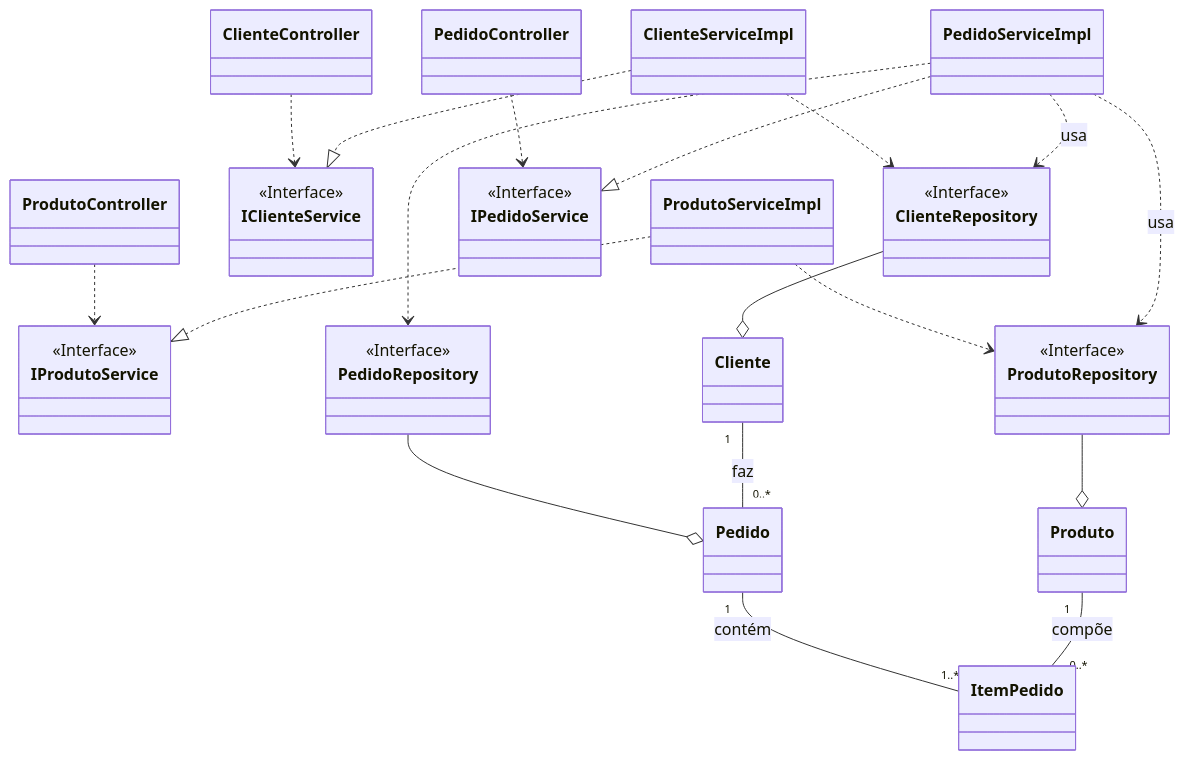
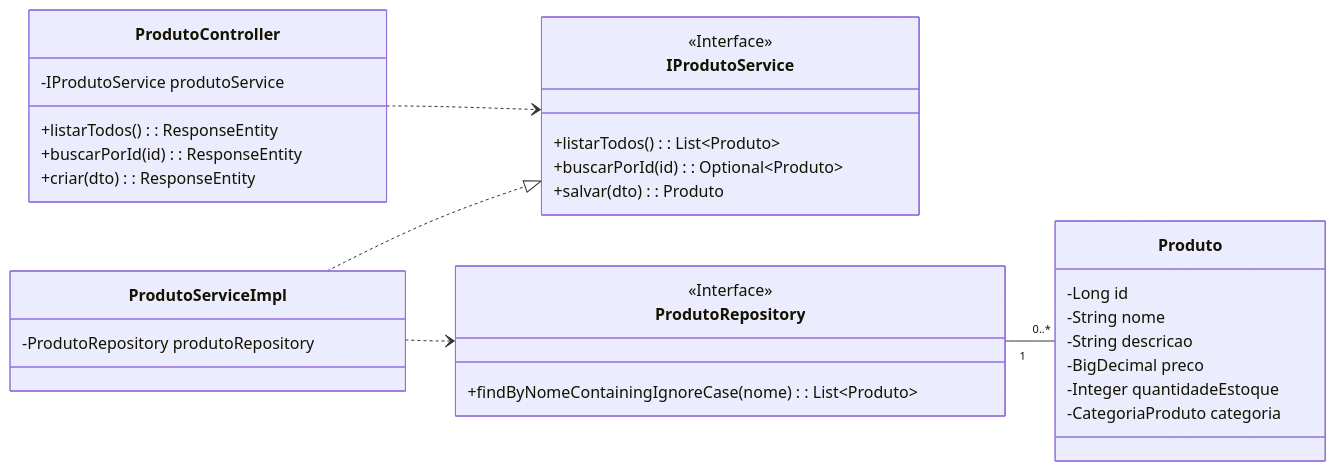
One commit to iagobrdev/orders-bootcamp changed the fifth of 6 diagrams in DESENHO_ARQUITETURAL.md. Above: the diagram before and after it, drawn with Mermaid. The commit also changed other lines of this file, not shown here.

Commit message:
desenho arquitetura

````diff
--- a/DESENHO_ARQUITETURAL.md
+++ b/DESENHO_ARQUITETURAL.md
@@ -212,56 +226,41 @@
 ```mermaid
 classDiagram
-    direction TD
+    direction LR
 
-    %% Camada de Controller
-    class ClienteController
-    class ProdutoController
-    class PedidoController
+    class ProdutoController {
+        -IProdutoService produtoService
+        +listarTodos() : ResponseEntity
+        +buscarPorId(id) : ResponseEntity
+        +criar(dto) : ResponseEntity
+    }
 
-    %% Camada de Service (Interfaces e Implementações)
-    class IClienteService
-    <<Interface>> IClienteService
-    class ClienteServiceImpl
-    class IProdutoService
-    <<Interface>> IProdutoService
-    class ProdutoServiceImpl
-    class IPedidoService
-    <<Interface>> IPedidoService
-    class PedidoServiceImpl
-    
-    %% Camada de Repository e Entidades
-    class ClienteRepository
-    <<Interface>> ClienteRepository
-    class ProdutoRepository
-    <<Interface>> ProdutoRepository
-    class PedidoRepository
-    <<Interface>> PedidoRepository
-    class Cliente
-    class Produto
-    class Pedido
-    class ItemPedido
-    
-    %% --- Fluxo Principal ---
-    ClienteController ..> IClienteService
-    ClienteServiceImpl ..|> IClienteService
-    ClienteServiceImpl ..> ClienteRepository
-    ClienteRepository --o Cliente
+    class IProdutoService {
+        <<Interface>>
+        +listarTodos() : List~Produto~
+        +buscarPorId(id) : Optional~Produto~
+        +salvar(dto) : Produto
+    }
+
+    class ProdutoServiceImpl {
+        -ProdutoRepository produtoRepository
+    }
+
+    class ProdutoRepository {
+        <<Interface>>
+        +findByNomeContainingIgnoreCase(nome) : List~Produto~
+    }
+
+    class Produto {
+        -Long id
+        -String nome
+        -String descricao
+        -BigDecimal preco
+        -Integer quantidadeEstoque
+        -CategoriaProduto categoria
+    }
 
     ProdutoController ..> IProdutoService
     ProdutoServiceImpl ..|> IProdutoService
     ProdutoServiceImpl ..> ProdutoRepository
-    ProdutoRepository --o Produto
-
-    PedidoController ..> IPedidoService
-    PedidoServiceImpl ..|> IPedidoService
-    PedidoServiceImpl ..> PedidoRepository
-    PedidoRepository --o Pedido
-    
-    %% --- Dependências Cruzadas e Relacionamentos de Entidades ---
-    PedidoServiceImpl ..> ClienteRepository : usa
-    PedidoServiceImpl ..> ProdutoRepository : usa
-
-    Pedido "1" -- "1..*" ItemPedido : contém
-    Cliente "1" -- "0..*" Pedido : faz
-    Produto "1" -- "0..*" ItemPedido : compõe
+    ProdutoRepository "1" -- "0..*" Produto
 ```
````
